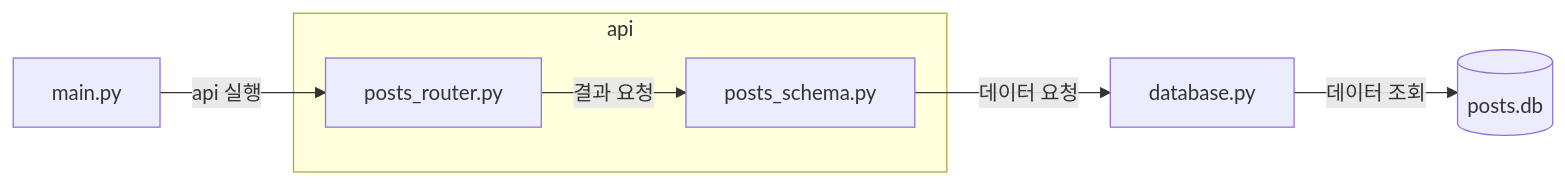
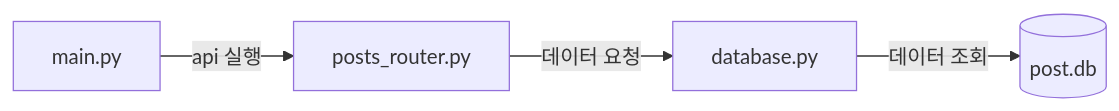
Before and after one commit to f-lab-edu/fastapi-server: the diagram in README.md, drawn with Mermaid.

Commit message:
readme 아키텍처 내용 수정

````diff
--- a/README.md
+++ b/README.md
@@ -4,11 +4,6 @@
 ```mermaid
 flowchart LR
     A[main.py] --api 실행--> posts_router.py
-    posts_schema.py --데이터 요청--> database.py
-
-    subgraph api
-      posts_router.py --결과 요청--> posts_schema.py
-    end
-    
-    database.py --데이터 조회--> id1[(posts.db)]
+    posts_router.py --데이터 요청--> database.py
+    database.py --데이터 조회--> id1[(post.db)]
 ```
````
